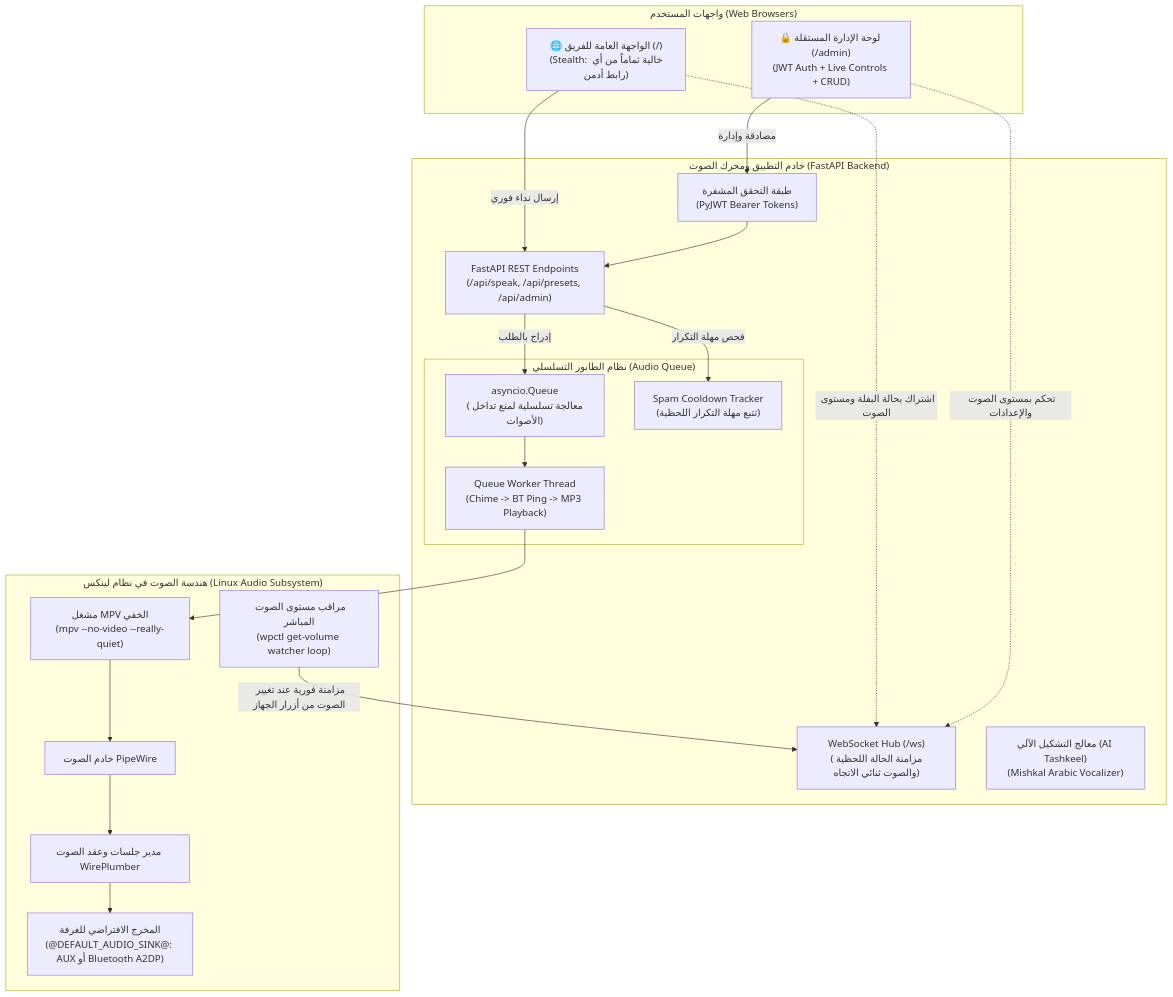
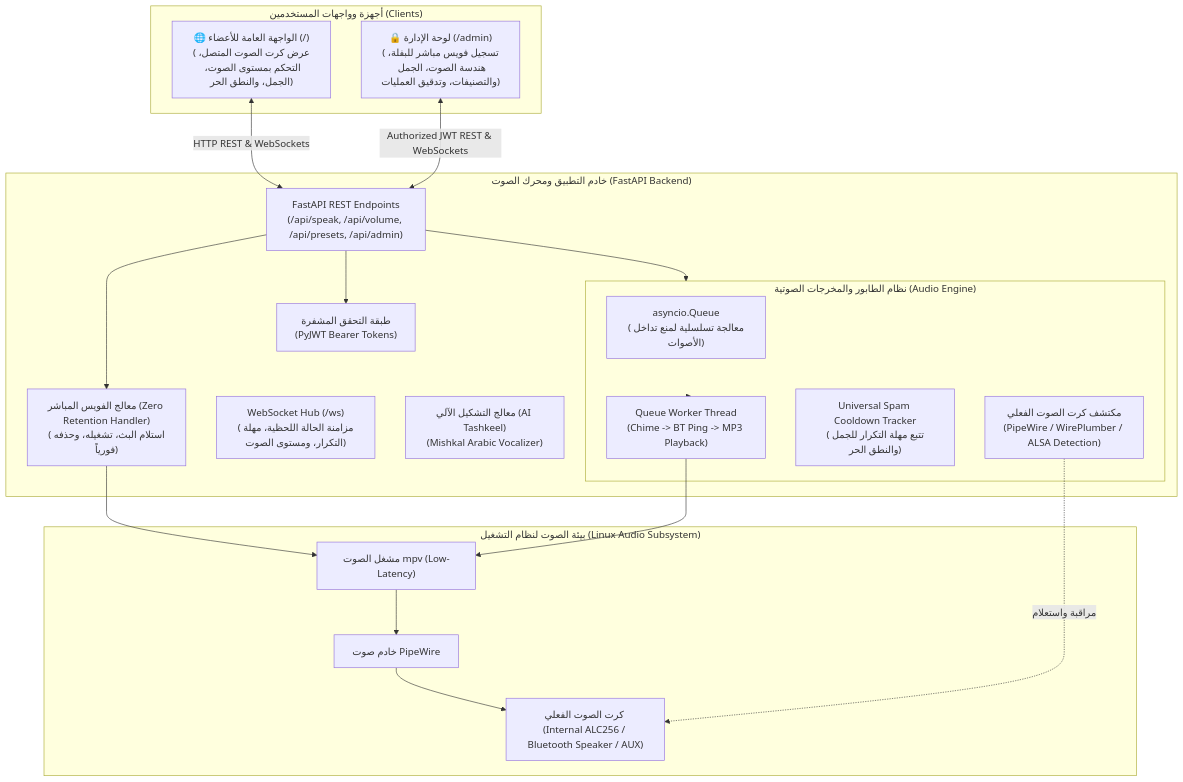
One commit to Moayad30/Kenel-ping changed the diagram in docs/ARCHITECTURE.md. Above: the diagram before and after it, drawn with Mermaid. The commit also changed other lines of this file and 25 other files, not shown here.

Commit message:
add feat: recording voice in admin dashboad

````diff
--- a/docs/ARCHITECTURE.md
+++ b/docs/ARCHITECTURE.md
@@ -9,43 +9,40 @@
 ```mermaid
 flowchart TD
-    subgraph Clients["واجهات المستخدم (Web Browsers)"]
-        PublicUI["🌐 الواجهة العامة للفريق (/)\n(Stealth: خالية تماماً من أي رابط أدمن)"]
-        AdminUI["🔒 لوحة الإدارة المستقلة (/admin)\n(JWT Auth + Live Controls + CRUD)"]
+    subgraph Clients["أجهزة وواجهات المستخدمين (Clients)"]
+        PublicUI["🌐 الواجهة العامة للأعضاء (/)\n(عرض كرت الصوت المتصل، التحكم بمستوى الصوت، الجمل، والنطق الحر)"]
+        AdminUI["🔒 لوحة الإدارة (/admin)\n(تسجيل فويس مباشر للبفلة، هندسة الصوت، الجمل والتصنيفات، وتدقيق العمليات)"]
     end
 
     subgraph BackendEngine["خادم التطبيق ومحرك الصوت (FastAPI Backend)"]
-        API["FastAPI REST Endpoints\n(/api/speak, /api/presets, /api/admin)"]
-        WS["WebSocket Hub (/ws)\n(مزامنة الحالة اللحظية والصوت ثنائي الاتجاه)"]
+        API["FastAPI REST Endpoints\n(/api/speak, /api/volume, /api/presets, /api/admin)"]
+        WS["WebSocket Hub (/ws)\n(مزامنة الحالة اللحظية، مهلة التكرار، ومستوى الصوت)"]
         AuthLayer["طبقة التحقق المشفرة\n(PyJWT Bearer Tokens)"]
         TashkeelEngine["معالج التشكيل الآلي (AI Tashkeel)\n(Mishkal Arabic Vocalizer)"]
+        VoiceHandler["معالج الفويس المباشر (Zero Retention Handler)\n(استلام البث، تشغيله، وحذفه فورياً)"]
         
-        subgraph QueueSystem["نظام الطابور التسلسلي (Audio Queue)"]
+        subgraph QueueSystem["نظام الطابور والمخرجات الصوتية (Audio Engine)"]
             Q["asyncio.Queue\n(معالجة تسلسلية لمنع تداخل الأصوات)"]
             Worker["Queue Worker Thread\n(Chime -> BT Ping -> MP3 Playback)"]
-            Cooldown["Spam Cooldown Tracker\n(تتبع مهلة التكرار اللحظية)"]
+            Cooldown["Universal Spam Cooldown Tracker\n(تتبع مهلة التكرار للجمل والنطق الحر)"]
+            SinkDetector["مكتشف كرت الصوت الفعلي\n(PipeWire / WirePlumber / ALSA Detection)"]
         end
     end
 
-    subgraph SoundSystem["هندسة الصوت في نظام لينكس (Linux Audio Subsystem)"]
-        MPV["مشغل MPV الخفي\n(mpv --no-video --really-quiet)"]
-        PipeWire["خادم الصوت PipeWire"]
-        WirePlumber["مدير جلسات وعقد الصوت WirePlumber"]
-        VolSync["مراقب مستوى الصوت المباشر\n(wpctl get-volume watcher loop)"]
-        Sink["المخرج الافتراضي للغرفة\n(@DEFAULT_AUDIO_SINK@: AUX أو Bluetooth A2DP)"]
+    subgraph LinuxAudioSubsystem["بيئة الصوت لنظام التشغيل (Linux Audio Subsystem)"]
+        PipeWire["خادم صوت PipeWire"]
+        MPV["مشغل الصوت mpv (Low-Latency)"]
+        HardwareCard["كرت الصوت الفعلي (Internal ALC256 / Bluetooth Speaker / AUX)"]
     end
 
-    PublicUI -->|إرسال نداء فوري| API
-    AdminUI -->|مصادقة وإدارة| AuthLayer
-    AuthLayer --> API
-    API -->|فحص مهلة التكرار| Cooldown
-    API -->|إدراج بالطلب| Q
-    PublicUI -.->|اشتراك بحالة البفلة ومستوى الصوت| WS
-    AdminUI -.->|تحكم بمستوى الصوت والإعدادات| WS
-    
-    Q --> Worker
+    PublicUI <-->|HTTP REST & WebSockets| API
+    AdminUI <-->|Authorized JWT REST & WebSockets| API
+    API --> AuthLayer
+    API --> QueueSystem
+    API --> VoiceHandler
+    VoiceHandler --> MPV
+    QueueSystem --> Worker
     Worker --> MPV
     MPV --> PipeWire
-    PipeWire --> WirePlumber
-    WirePlumber --> Sink
-    VolSync -->|مزامنة فورية عند تغيير الصوت من أزرار الجهاز| WS
+    PipeWire --> HardwareCard
+    SinkDetector -.->|مراقبة واستعلام| HardwareCard
 ```
````
